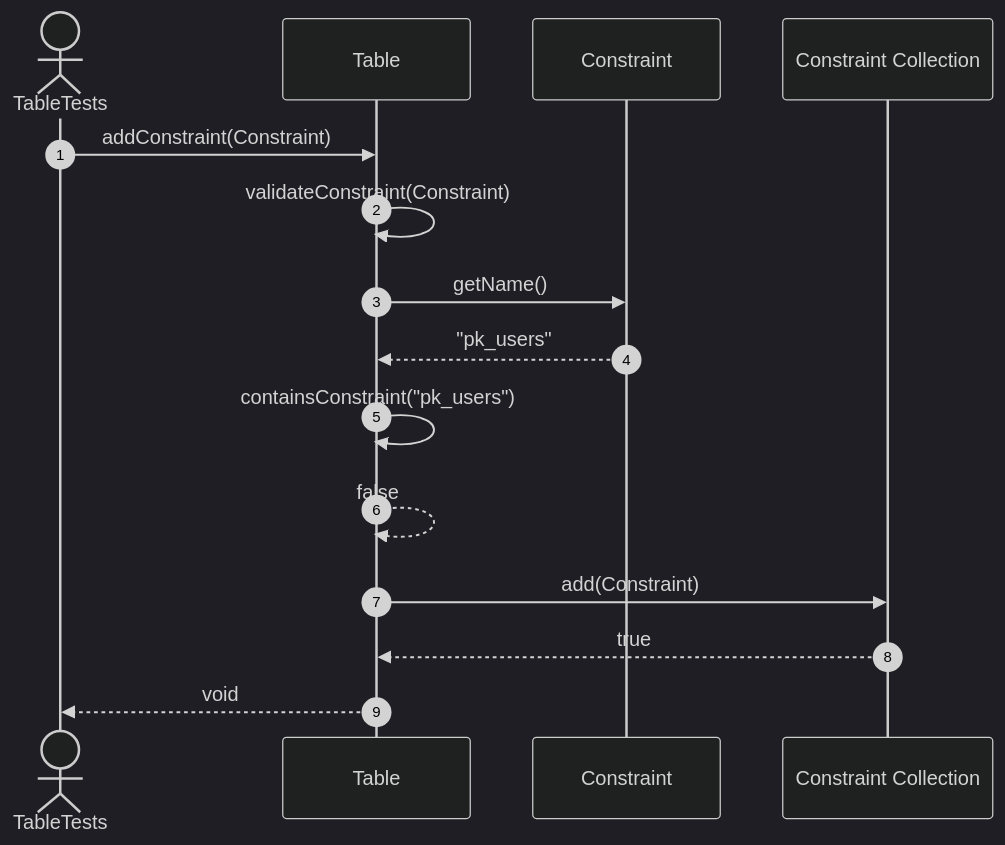
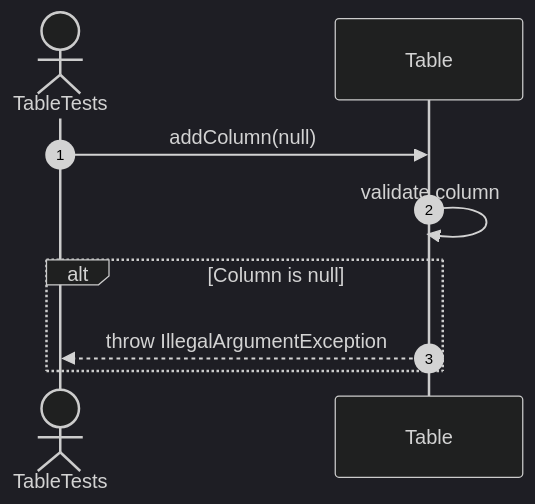
Diagram 15 of 53 in src/tests/unit/metadata/sequences/tables-testing.se.md (FhuAnn/-bbv-AN-s-DBMS), drawn with Mermaid (dark theme) before and after one commit. The commit also changed other lines of this file and 7 other files, not shown here.

Commit message:
table and row run test successfully

````diff
--- a/src/tests/unit/metadata/sequences/tables-testing.se.md
+++ b/src/tests/unit/metadata/sequences/tables-testing.se.md
@@ -267,18 +254,12 @@
 ```mermaid
 sequenceDiagram
     autonumber
     actor Test as TableTests
     participant Table as Table
-    participant Constraint as Constraint
-    participant Constraints as Constraint Collection
 
-    Test->>Table: addConstraint(Constraint)
-    Table->>Table: validateConstraint(Constraint)
-    Table->>Constraint: getName()
-    Constraint-->>Table: "pk_users"
-    Table->>Table: containsConstraint("pk_users")
-    Table-->>Table: false
-    Table->>Constraints: add(Constraint)
-    Constraints-->>Table: true
-    Table-->>Test: void
+    Test->>Table: addColumn(null)
+    Table->>Table: validate column
+    alt Column is null
+    Table-->>Test: throw IllegalArgumentException
+    end
 ```
````
